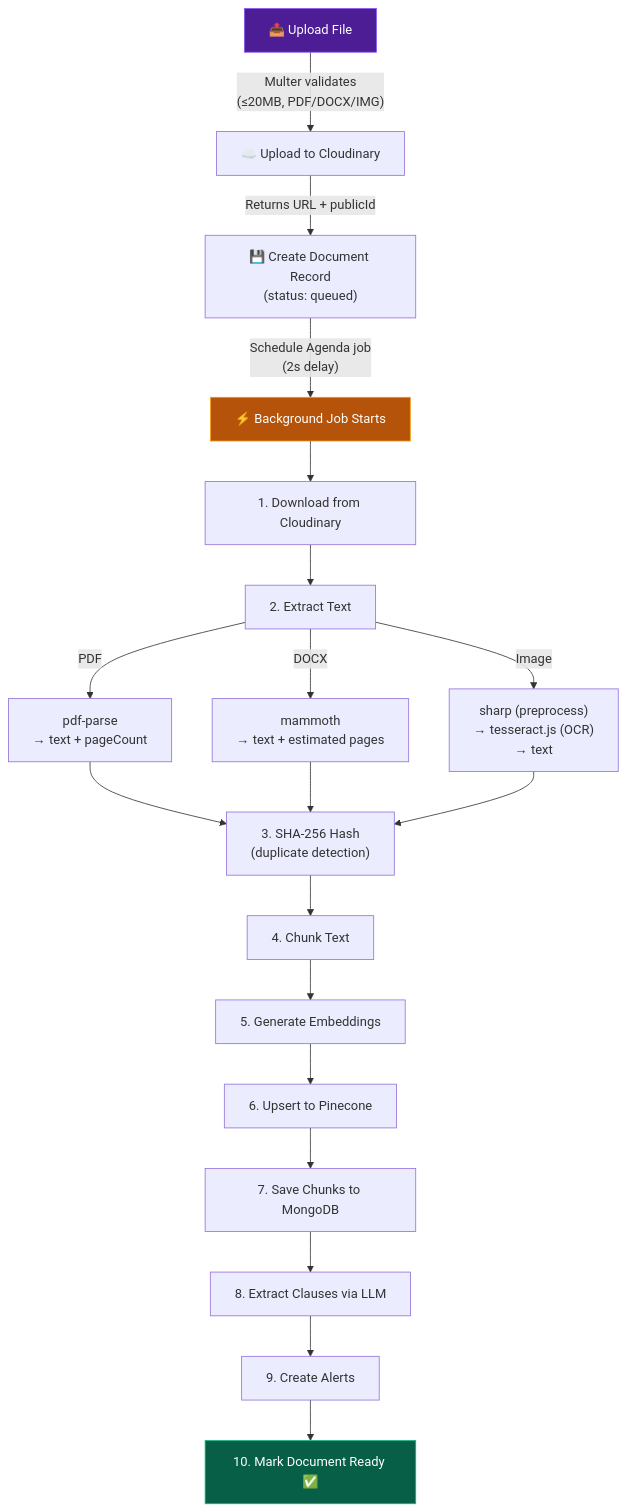
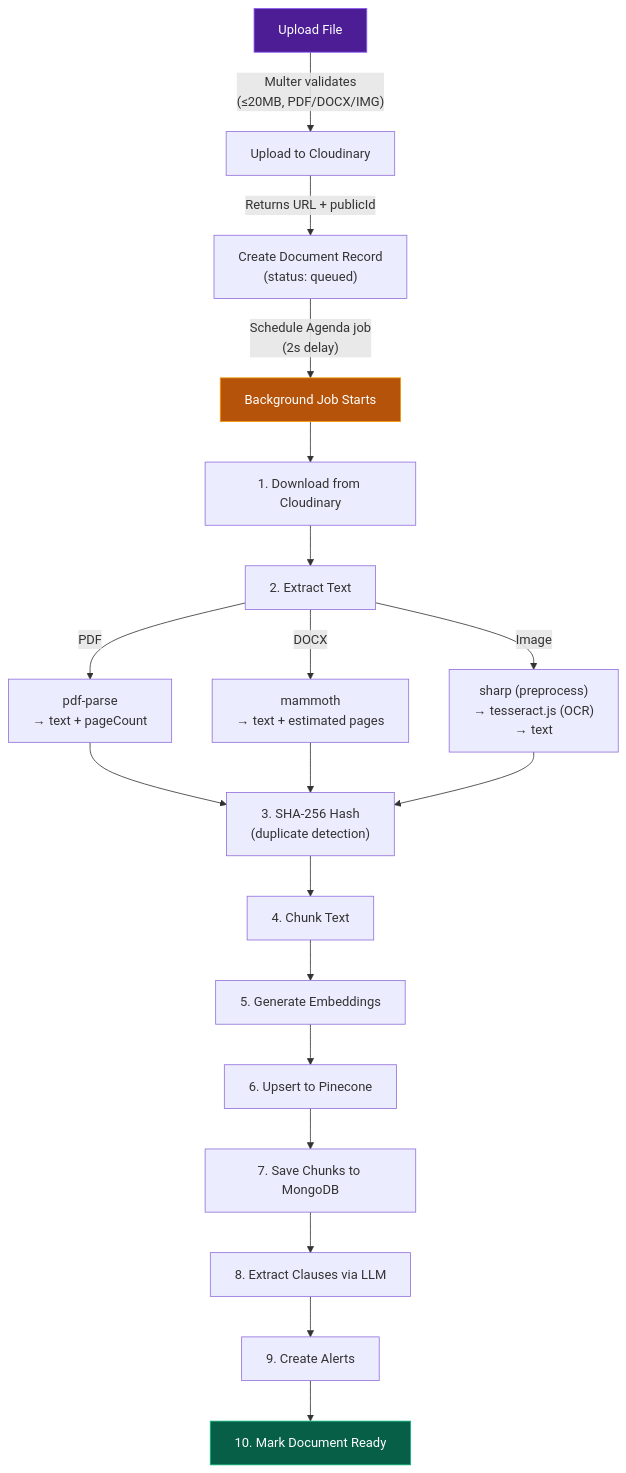
The fifth of 9 diagrams in README.md (AniketB26/What-I-Signed), drawn with Mermaid before and after one commit. The commit also changed other lines of this file, not shown here.

Commit message:
docs: remove emojis from mermaid blocks to fix rendering

````diff
--- a/README.md
+++ b/README.md
@@ -413,30 +413,30 @@
 ```mermaid
 graph TD
-    UP["📤 Upload File"]
-    UP -->|"Multer validates\n(≤20MB, PDF/DOCX/IMG)"| CLD["☁️ Upload to Cloudinary"]
-    CLD -->|"Returns URL + publicId"| DB1["💾 Create Document Record\n(status: queued)"]
-    DB1 -->|"Schedule Agenda job\n(2s delay)"| JOB["⚡ Background Job Starts"]
+    UP["Upload File"]
+    UP -->|"Multer validates\n(≤20MB, PDF/DOCX/IMG)"| CLD["Upload to Cloudinary"]
+    CLD -->|"Returns URL + publicId"| DB1["Create Document Record\n(status: queued)"]
+    DB1 -->|"Schedule Agenda job\n(2s delay)"| JOB["Background Job Starts"]
 
     JOB --> DL["1. Download from Cloudinary"]
     DL --> EXT["2. Extract Text"]
 
     EXT -->|PDF| PDF["pdf-parse\n→ text + pageCount"]
     EXT -->|DOCX| DOCX["mammoth\n→ text + estimated pages"]
     EXT -->|Image| OCR["sharp (preprocess)\n→ tesseract.js (OCR)\n→ text"]
 
     PDF --> HASH["3. SHA-256 Hash\n(duplicate detection)"]
     DOCX --> HASH
     OCR --> HASH
 
     HASH --> CHUNK["4. Chunk Text"]
     CHUNK --> EMB["5. Generate Embeddings"]
     EMB --> PIN["6. Upsert to Pinecone"]
     PIN --> SAVE["7. Save Chunks to MongoDB"]
     SAVE --> CLAUSE["8. Extract Clauses via LLM"]
     CLAUSE --> ALERT["9. Create Alerts"]
-    ALERT --> READY["10. Mark Document Ready ✅"]
+    ALERT --> READY["10. Mark Document Ready"]
 
     style UP fill:#4c1d95,stroke:#8b5cf6,color:#fff
     style JOB fill:#b45309,stroke:#f59e0b,color:#fff
     style READY fill:#065f46,stroke:#10b981,color:#fff
 ```
````
